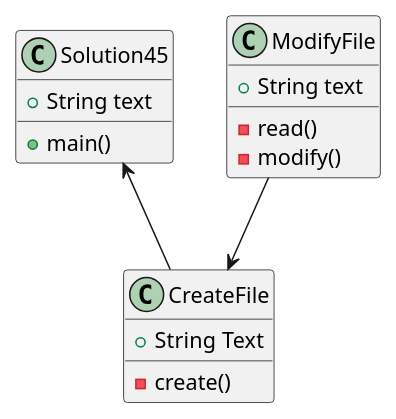
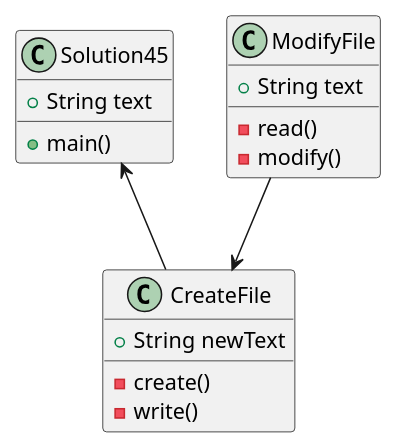
One commit to J-Caques/caques-a04 changed the diagram in exercise45/docs/WordFinder.puml. Above: the diagram before and after it, drawn with PlantUML. The commit also changed 3 other files, not shown here.

```diff
--- a/exercise45/docs/WordFinder.puml
+++ b/exercise45/docs/WordFinder.puml
@@ -1,23 +1,24 @@
 @startuml
 'https://plantuml.com/class-diagram
 class Solution45{
     +String text
     +main()
 
 }
 
 class ModifyFile{
     +String text
     -read()
     -modify()
 }
 
 class CreateFile{
-    +String Text
+    +String newText
     -create()
+    -write()
 }
 
 Solution45 <-- CreateFile
 ModifyFile --> CreateFile
 
 @enduml
```
